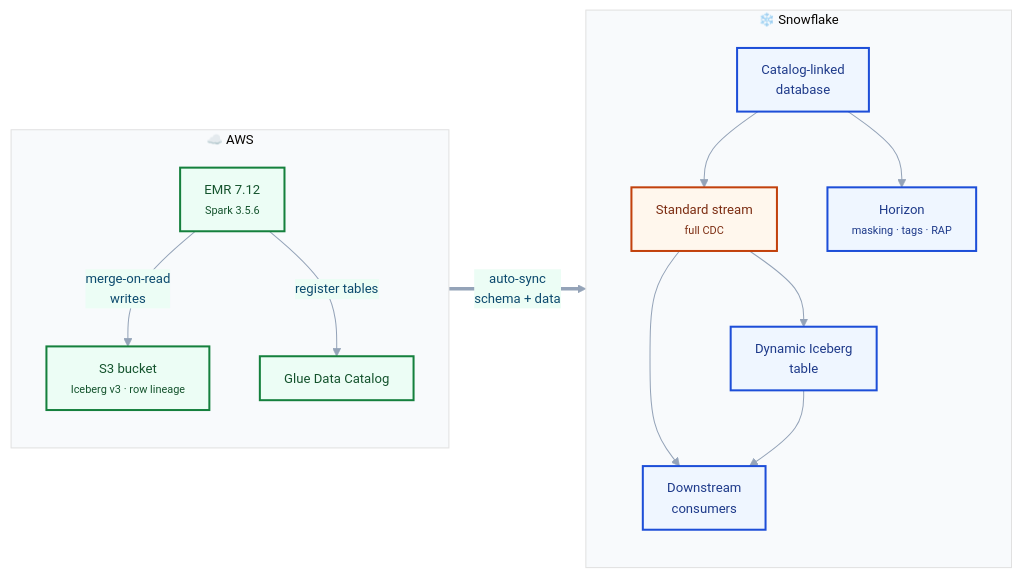
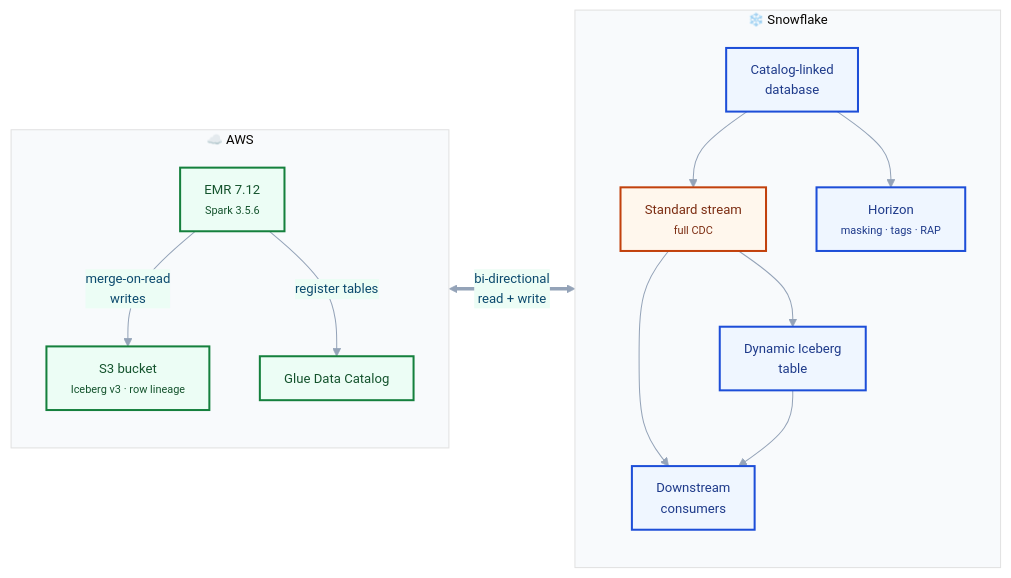
The diagram in README.md (NaveenAlan/iceberg-v3-snowflake-interoperability), drawn with Mermaid before and after one commit. The commit also changed other lines of this file, not shown here.

Commit message:
Fix CLD diagram: bi-directional read+write, not one-way sync

````diff
--- a/README.md
+++ b/README.md
@@ -11,54 +11,54 @@
 ```mermaid
 %%{init: {
   "flowchart": { "curve": "basis", "padding": 12 },
   "theme": "base",
   "themeVariables": {
     "fontFamily": "ui-sans-serif, system-ui, sans-serif",
     "fontSize": "13px",
     "primaryColor": "#dbeafe",
     "primaryTextColor": "#0c4a6e",
     "primaryBorderColor": "#0369a1",
     "secondaryColor": "#ecfdf5",
     "tertiaryColor": "#f8fafc",
     "lineColor": "#94a3b8",
     "textColor": "#0f172a"
   }
 }}%%
 
 flowchart LR
 
   subgraph AWS["☁️ AWS"]
     direction TB
     EMR["EMR 7.12<br/><small>Spark 3.5.6</small>"]
     S3["S3 bucket<br/><small>Iceberg v3 · row lineage</small>"]
     Glue["Glue Data Catalog"]
     EMR -->|"merge-on-read<br/>writes"| S3
     EMR -->|"register tables"| Glue
   end
 
   subgraph SF["❄️ Snowflake"]
     direction TB
     CLD["Catalog-linked<br/>database"]
     Stream["Standard stream<br/><small>full CDC</small>"]
     DIT["Dynamic Iceberg<br/>table"]
     Gov["Horizon<br/><small>masking · tags · RAP</small>"]
     Target["Downstream<br/>consumers"]
 
     CLD --> Stream
     CLD --> Gov
     Stream --> DIT
     Stream --> Target
     DIT --> Target
   end
 
-  Glue == "auto-sync<br/>schema + data" ==> CLD
+  Glue <== "bi-directional<br/>read + write" ==> CLD
 
   classDef aws fill:#ecfdf5,stroke:#15803d,stroke-width:2px,color:#14532d
   classDef snow fill:#eff6ff,stroke:#1d4ed8,stroke-width:2px,color:#1e3a8a
   classDef accent fill:#fff7ed,stroke:#c2410c,stroke-width:2px,color:#7c2d12
   classDef neutral fill:#f8fafc,stroke:#64748b,stroke-width:1.5px,color:#334155
 
   class EMR,S3,Glue aws
   class CLD,DIT,Gov,Target snow
   class Stream accent
 ```
````
